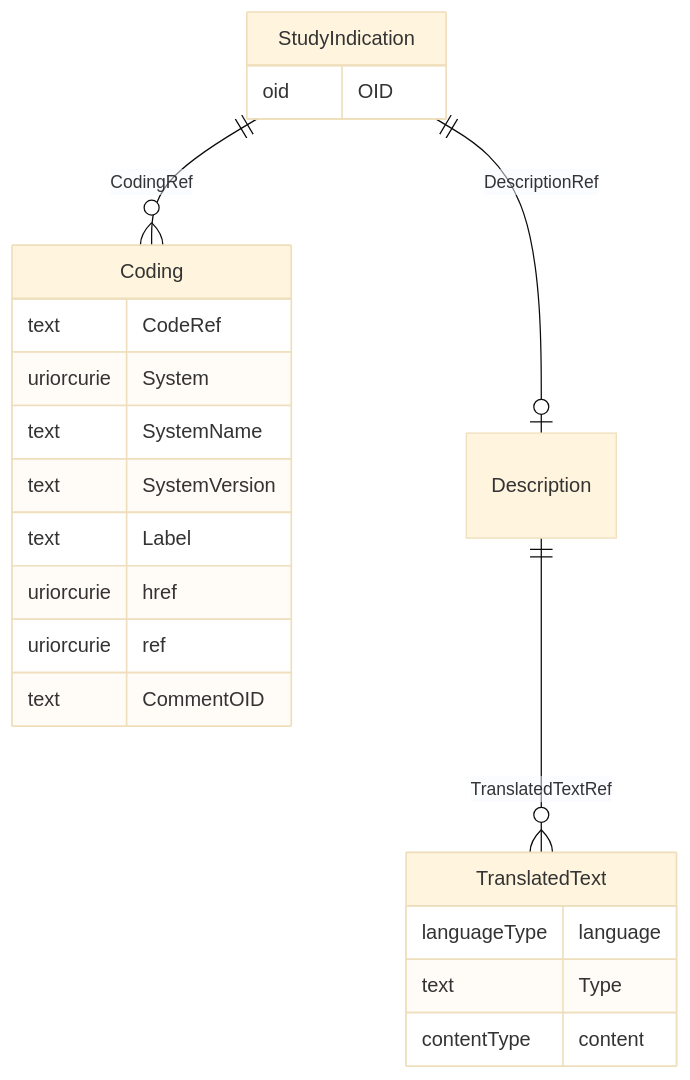
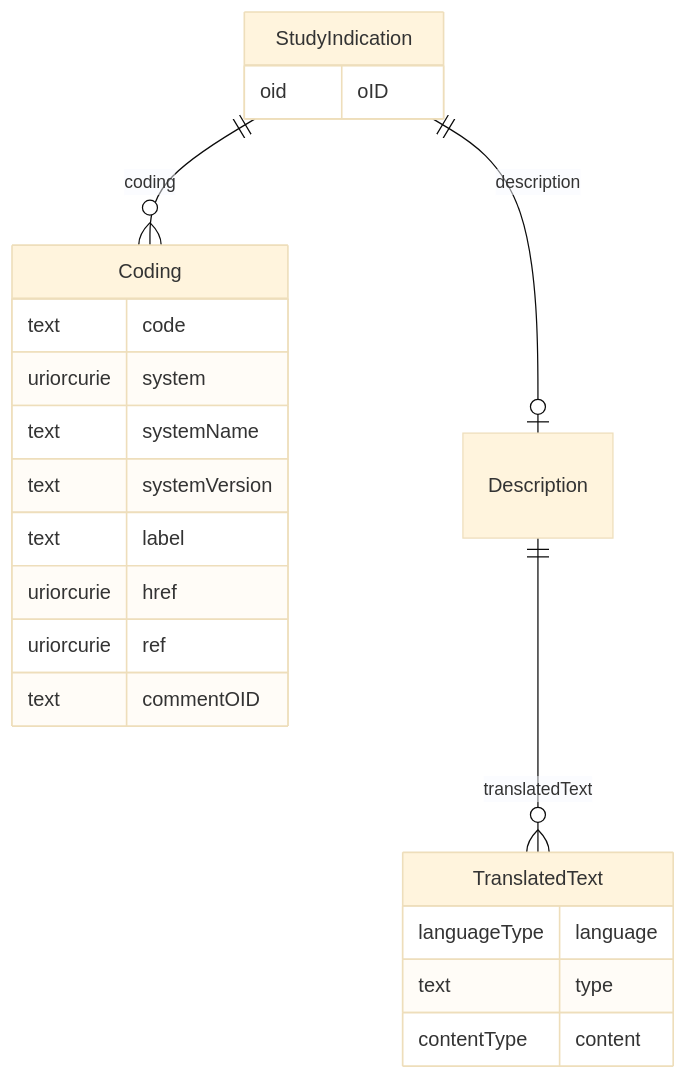
The diagram in docs/StudyIndication.md (cdisc-org/DataExchange-ODM-LinkML), drawn with Mermaid (base theme) before and after one commit. The commit also changed other lines of this file and 759 other files, not shown here.

````diff
--- a/docs/StudyIndication.md
+++ b/docs/StudyIndication.md
@@ -11,29 +11,29 @@
 ```mermaid
 erDiagram
 StudyIndication {
-    oid OID  
+    oid oID  
 }
 Coding {
-    text CodeRef  
-    uriorcurie System  
-    text SystemName  
-    text SystemVersion  
-    text Label  
+    text code  
+    uriorcurie system  
+    text systemName  
+    text systemVersion  
+    text label  
     uriorcurie href  
     uriorcurie ref  
-    text CommentOID  
+    text commentOID  
 }
 Description {
 
 }
 TranslatedText {
     languageType language  
-    text Type  
+    text type  
     contentType content  
 }
 
-StudyIndication ||--|o Description : "DescriptionRef"
-StudyIndication ||--}o Coding : "CodingRef"
-Description ||--}o TranslatedText : "TranslatedTextRef"
+StudyIndication ||--|o Description : "description"
+StudyIndication ||--}o Coding : "coding"
+Description ||--}o TranslatedText : "translatedText"
 
 ```
````
